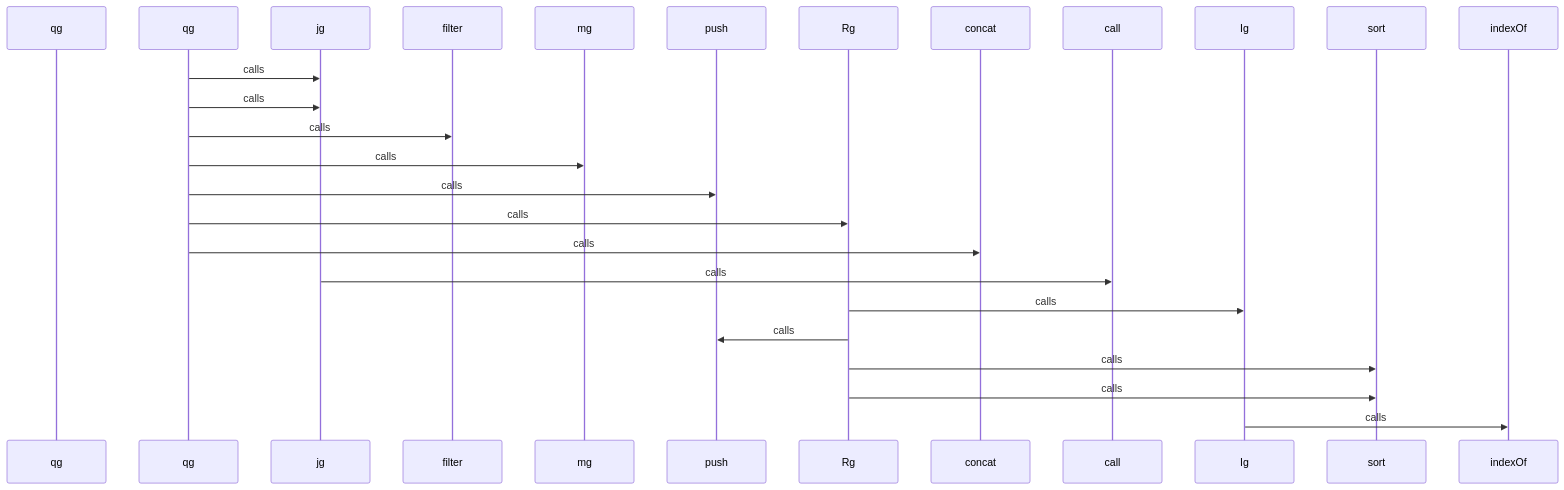
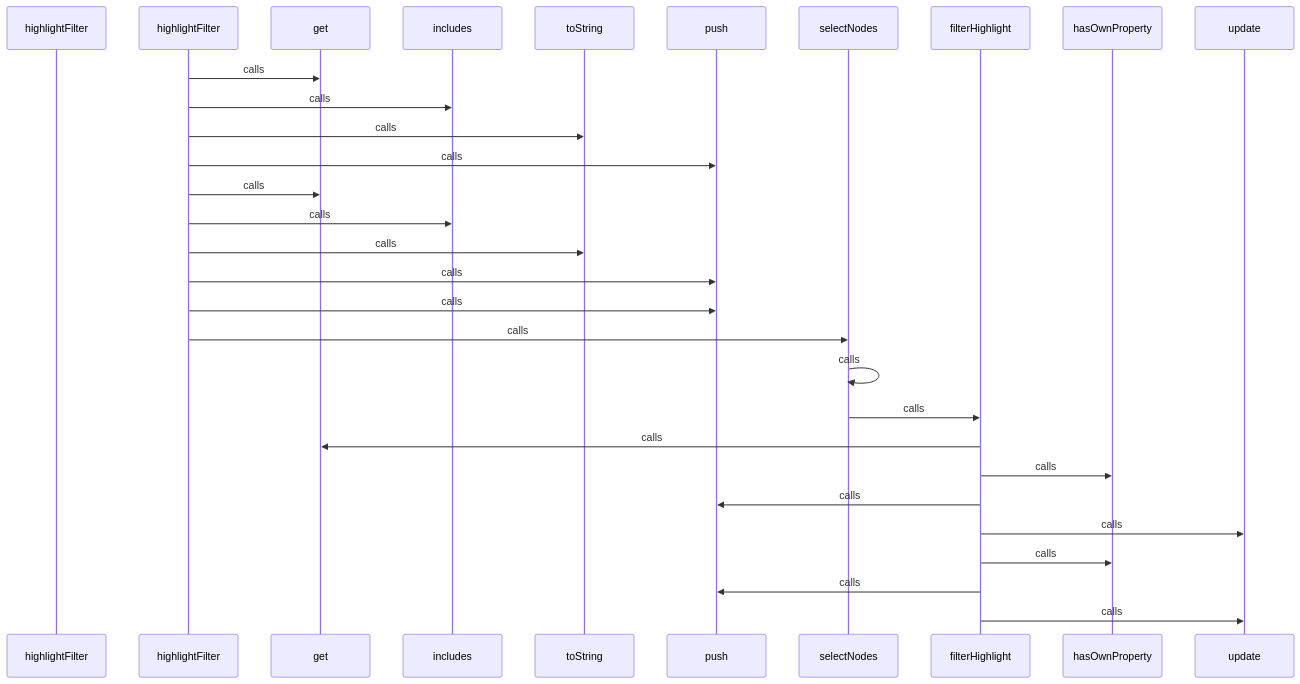
One commit to hazalkoom/DECODEx01 changed diagram 21 of 27 in docs/CALL_FLOW.md. Above: the diagram before and after it, drawn with Mermaid. The commit also changed other lines of this file and 12 other files, not shown here.

````diff
--- a/docs/CALL_FLOW.md
+++ b/docs/CALL_FLOW.md
@@ -891,57 +749,81 @@
 ```mermaid
 sequenceDiagram
-    participant Start as qg
+    participant Start as highlightFilter
 
 
-    qg->>jg: calls
+    highlightFilter->>get: calls
 
 
 
-    qg->>jg: calls
+    highlightFilter->>includes: calls
 
 
 
-    qg->>filter: calls
+    highlightFilter->>toString: calls
 
 
 
-    qg->>mg: calls
+    highlightFilter->>push: calls
 
 
 
-    qg->>push: calls
+    highlightFilter->>get: calls
 
 
 
-    qg->>Rg: calls
+    highlightFilter->>includes: calls
 
 
 
-    qg->>concat: calls
+    highlightFilter->>toString: calls
 
 
 
-    jg->>call: calls
+    highlightFilter->>push: calls
 
 
 
-    Rg->>Ig: calls
+    highlightFilter->>push: calls
 
 
 
-    Rg->>push: calls
+    highlightFilter->>selectNodes: calls
 
 
 
-    Rg->>sort: calls
+    selectNodes->>selectNodes: calls
 
 
 
-    Rg->>sort: calls
+    selectNodes->>filterHighlight: calls
 
 
 
-    Ig->>indexOf: calls
+    filterHighlight->>get: calls
+
+
+
+    filterHighlight->>hasOwnProperty: calls
+
+
+
+    filterHighlight->>push: calls
+
+
+
+    filterHighlight->>update: calls
+
+
+
+    filterHighlight->>hasOwnProperty: calls
+
+
+
+    filterHighlight->>push: calls
+
+
+
+    filterHighlight->>update: calls
 
 
 ```
````
